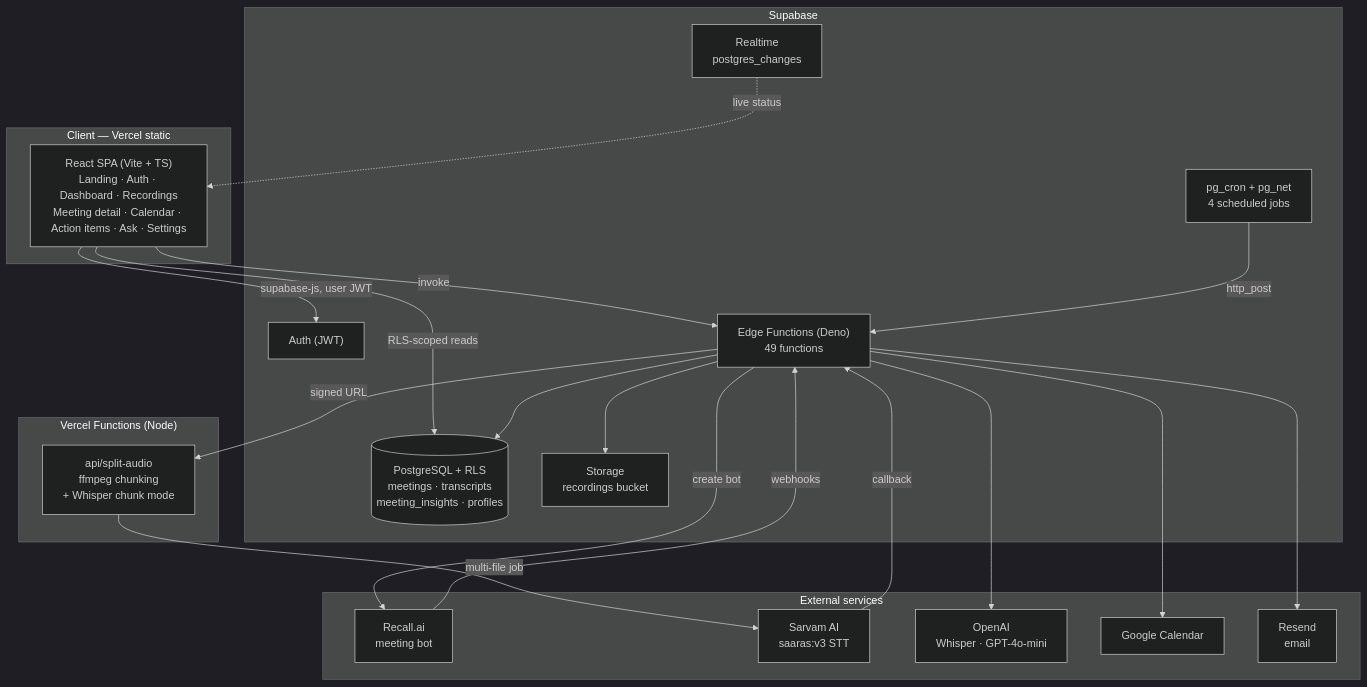
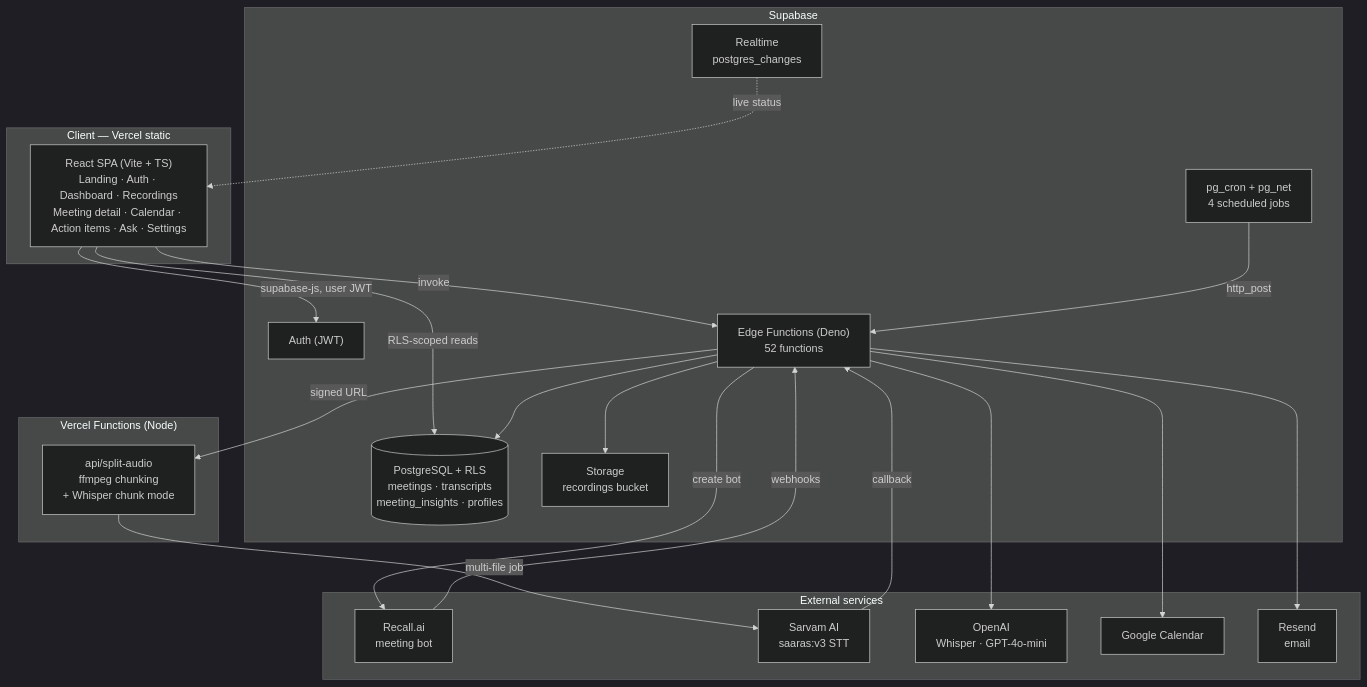
One commit to AmaanBarmare/echobrief changed the first of 2 diagrams in docs/architecture.md. Above: the diagram before and after it, drawn with Mermaid (dark theme). The commit also changed 19 other files, not shown here.

````diff
--- a/docs/architecture.md
+++ b/docs/architecture.md
@@ -18,45 +18,45 @@
 ```mermaid
 flowchart TB
     subgraph client["Client — Vercel static"]
         SPA["React SPA (Vite + TS)<br/>Landing · Auth · Dashboard · Recordings<br/>Meeting detail · Calendar · Action items · Ask · Settings"]
     end
 
     subgraph supa["Supabase"]
         DB[("PostgreSQL + RLS<br/>meetings · transcripts<br/>meeting_insights · profiles")]
         AUTH["Auth (JWT)"]
         STOR["Storage<br/>recordings bucket"]
         RT["Realtime<br/>postgres_changes"]
-        EF["Edge Functions (Deno)<br/>49 functions"]
+        EF["Edge Functions (Deno)<br/>52 functions"]
         CRON["pg_cron + pg_net<br/>4 scheduled jobs"]
     end
 
     subgraph vercel["Vercel Functions (Node)"]
         SPLIT["api/split-audio<br/>ffmpeg chunking<br/>+ Whisper chunk mode"]
     end
 
     subgraph ext["External services"]
         RECALL["Recall.ai<br/>meeting bot"]
         SARVAM["Sarvam AI<br/>saaras:v3 STT"]
         OPENAI["OpenAI<br/>Whisper · GPT-4o-mini"]
         GCAL["Google Calendar"]
         RESEND["Resend<br/>email"]
     end
 
     SPA -->|"supabase-js, user JWT"| AUTH
     SPA -->|"RLS-scoped reads"| DB
     SPA -->|"invoke"| EF
     RT -.->|"live status"| SPA
 
     EF --> DB
     EF --> STOR
     CRON -->|"http_post"| EF
 
     EF -->|"create bot"| RECALL
     RECALL -->|"webhooks"| EF
     EF -->|"signed URL"| SPLIT
     SPLIT -->|"multi-file job"| SARVAM
     SARVAM -->|"callback"| EF
     EF --> OPENAI
     EF --> GCAL
     EF --> RESEND
 ```
````
